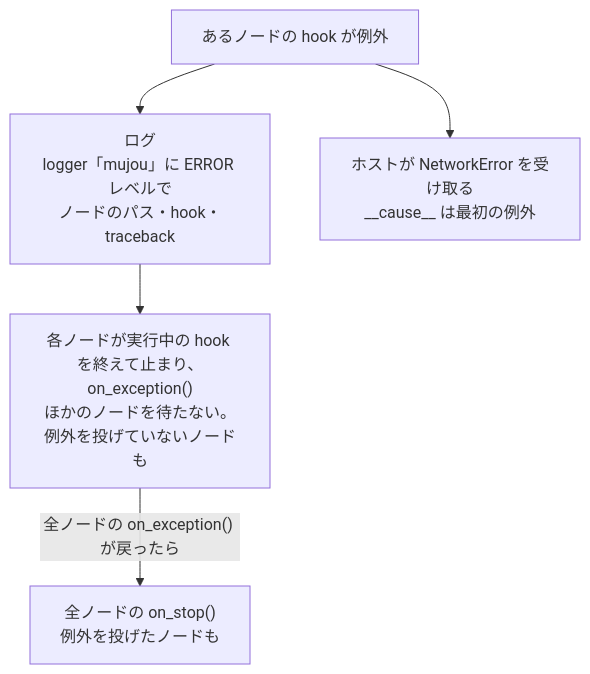
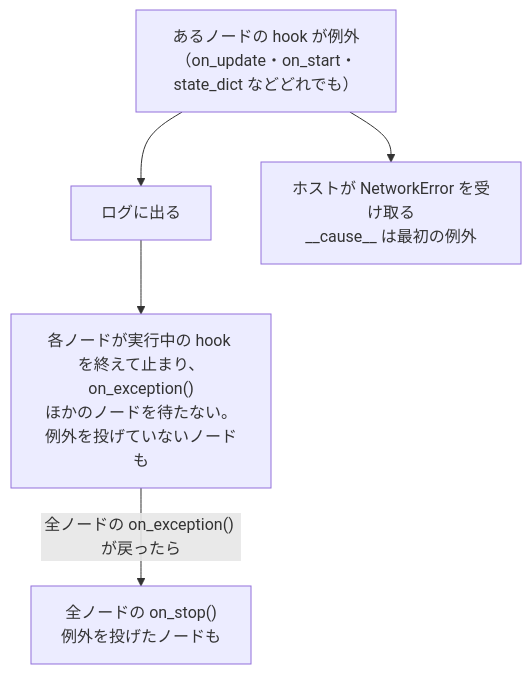
One commit to Geson-anko/mujou changed the first of 2 diagrams in docs/ja/topics/errors.md. Above: the diagram before and after it, drawn with Mermaid. The commit also changed other lines of this file and 49 other files, not shown here.

````diff
--- a/docs/ja/topics/errors.md
+++ b/docs/ja/topics/errors.md
@@ -17,7 +5,7 @@
 ```mermaid
 flowchart TB
-    E["あるノードの hook が例外"] --> L["ログ<br/>logger「mujou」に ERROR レベルで<br/>ノードのパス・hook・traceback"]
+    E["あるノードの hook が例外<br/>（on_update・on_start・state_dict などどれでも）"] --> L["ログに出る"]
     L --> X["各ノードが実行中の hook を終えて止まり、on_exception()<br/>ほかのノードを待たない。例外を投げていないノードも"]
     X -->|"全ノードの on_exception() が戻ったら"| S["全ノードの on_stop()<br/>例外を投げたノードも"]
     E --> H["ホストが NetworkError を受け取る<br/>__cause__ は最初の例外"]
 ```
````
